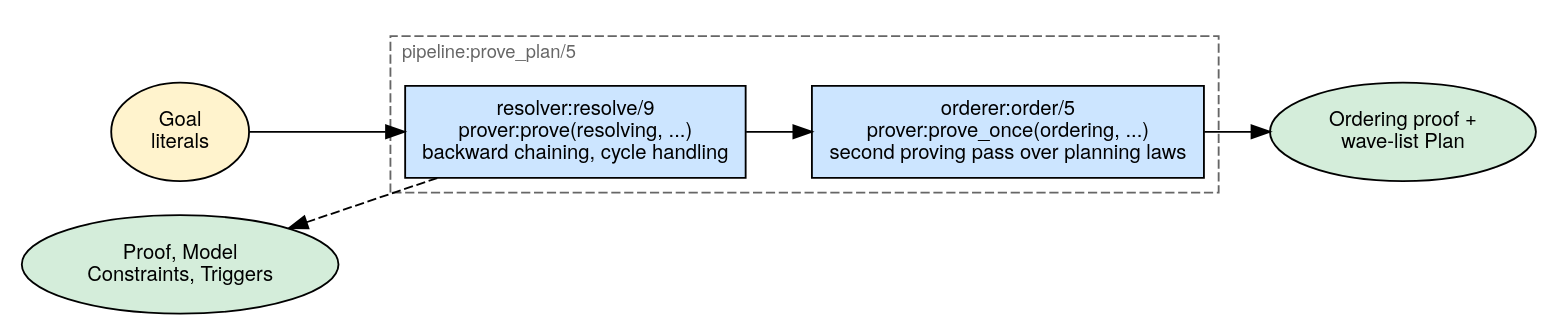
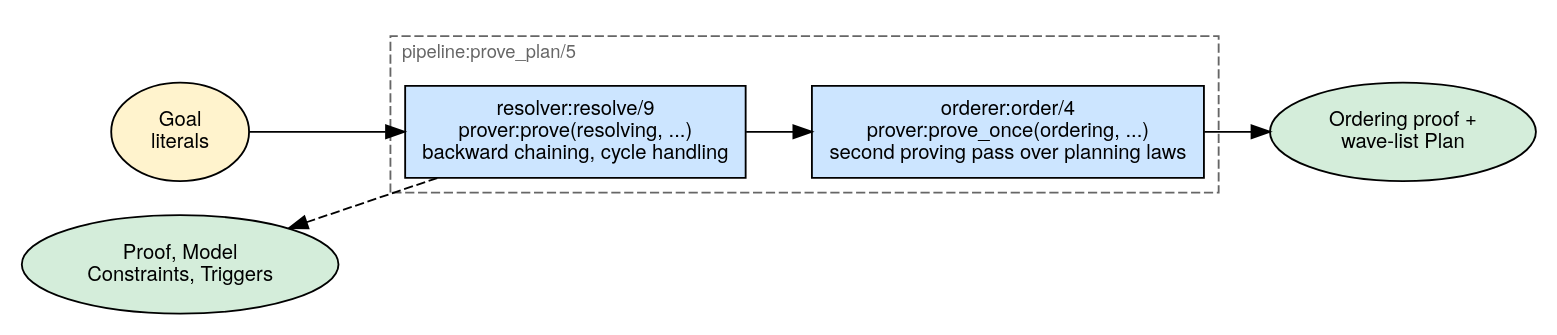
One commit to pvdabeel/prolog changed the diagram in Documentation/Handbook/Diagrams/08-prove-plan.dot. Above: the diagram before and after it, drawn with Graphviz. The commit also changed 26 other files, not shown here.

```diff
--- a/Documentation/Handbook/Diagrams/08-prove-plan.dot
+++ b/Documentation/Handbook/Diagrams/08-prove-plan.dot
@@ -1,38 +1,38 @@
 // Chapter 8 — prove_plan/5 entry point pipeline
 // Render: dot -Tsvg 08-prove-plan.dot -o 08-prove-plan.svg
 
 digraph prove_plan {
     rankdir=LR;
     fontname="Helvetica Neue";
     fontsize=12;
     node [fontname="Helvetica Neue", fontsize=11, style=filled, shape=box, margin="0.15,0.10"];
     edge [fontname="Helvetica Neue", fontsize=10];
     nodesep=0.25;
     ranksep=0.50;
 
     // Input
     goals [label="Goal\nliterals", shape=ellipse, fillcolor="#FFF3CD"];
 
     // Stages
     prove [label="resolver:resolve/9\nprover:prove(resolving, ...)\nbackward chaining, cycle handling", fillcolor="#cce5ff"];
-    order [label="orderer:order/5\nprover:prove_once(ordering, ...)\nsecond proving pass over planning laws", fillcolor="#cce5ff"];
+    order [label="orderer:order/4\nprover:prove_once(ordering, ...)\nsecond proving pass over planning laws", fillcolor="#cce5ff"];
 
     // Outputs
     proof_model [label="Proof, Model\nConstraints, Triggers", shape=ellipse, fillcolor="#d4edda"];
     final_plan  [label="Ordering proof +\nwave-list Plan", shape=ellipse, fillcolor="#d4edda"];
 
     // Wrapper
     subgraph cluster_pipeline {
         label="pipeline:prove_plan/5";
         labeljust=l;
         style=dashed;
         color="#666666";
         fontcolor="#666666";
         fontsize=10;
         prove -> order;
     }
 
     goals -> prove;
     prove -> proof_model [style=dashed, constraint=false];
     order -> final_plan;
 }
```
